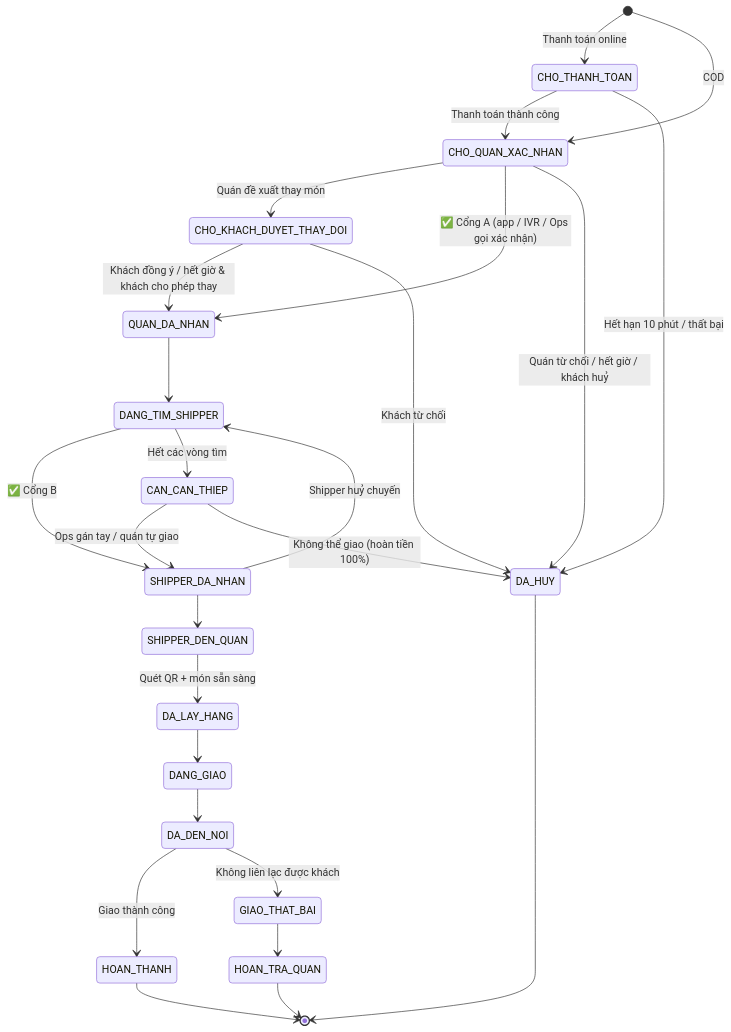
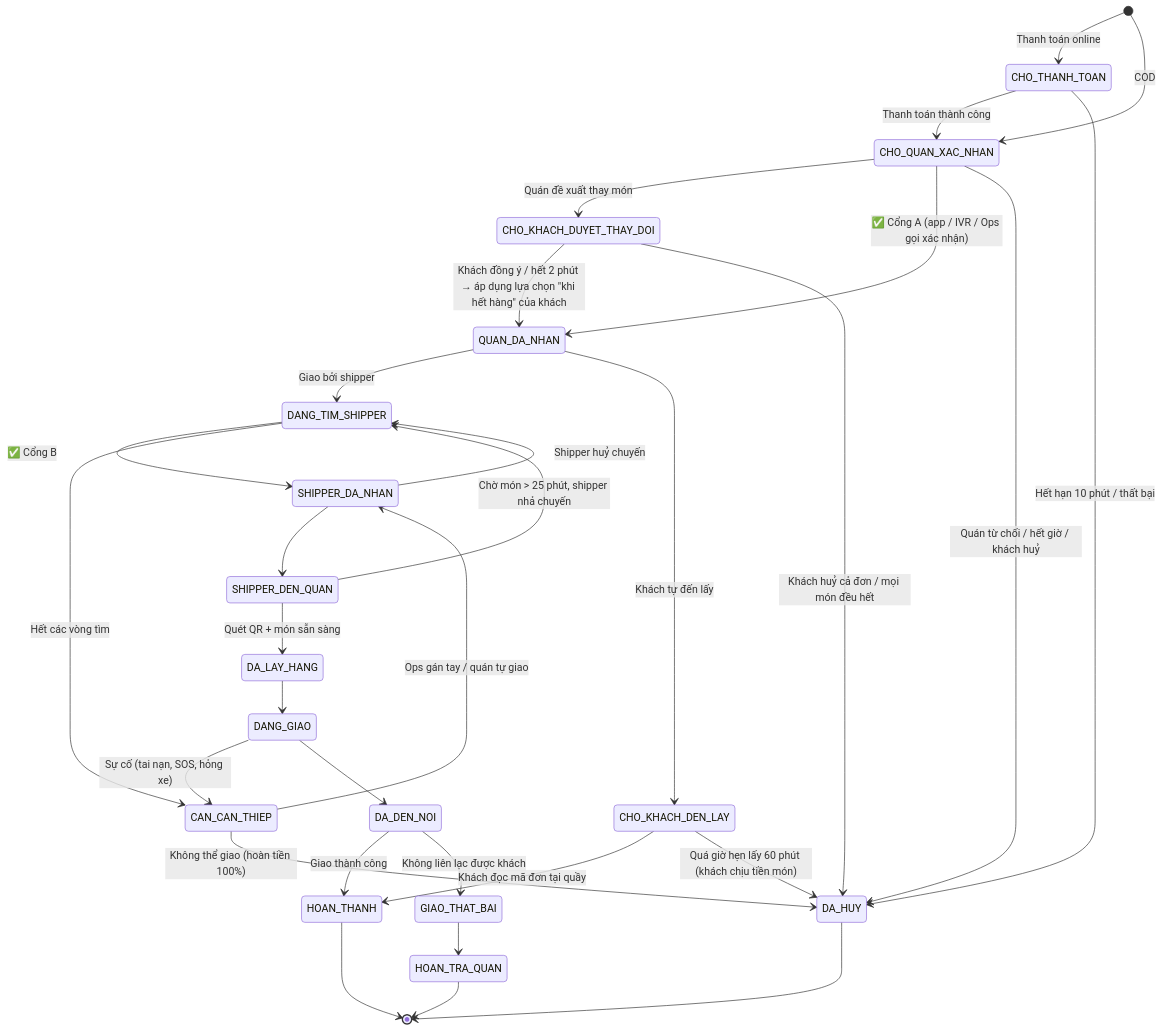
Before and after one commit to tuongspithue/tuongspithue: the second of 2 diagrams in docs/03-luong-dat-hang-va-xac-nhan.md, drawn with Mermaid. The commit also changed other lines of this file and 12 other files, not shown here.

````diff
--- a/docs/03-luong-dat-hang-va-xac-nhan.md
+++ b/docs/03-luong-dat-hang-va-xac-nhan.md
@@ -46,31 +46,36 @@
 ```mermaid
 stateDiagram-v2
     [*] --> CHO_THANH_TOAN: Thanh toán online
     [*] --> CHO_QUAN_XAC_NHAN: COD
     CHO_THANH_TOAN --> CHO_QUAN_XAC_NHAN: Thanh toán thành công
     CHO_THANH_TOAN --> DA_HUY: Hết hạn 10 phút / thất bại
 
     CHO_QUAN_XAC_NHAN --> CHO_KHACH_DUYET_THAY_DOI: Quán đề xuất thay món
-    CHO_KHACH_DUYET_THAY_DOI --> QUAN_DA_NHAN: Khách đồng ý / hết giờ & khách cho phép thay
-    CHO_KHACH_DUYET_THAY_DOI --> DA_HUY: Khách từ chối
+    CHO_KHACH_DUYET_THAY_DOI --> QUAN_DA_NHAN: Khách đồng ý / hết 2 phút → áp dụng lựa chọn "khi hết hàng" của khách
+    CHO_KHACH_DUYET_THAY_DOI --> DA_HUY: Khách huỷ cả đơn / mọi món đều hết
     CHO_QUAN_XAC_NHAN --> QUAN_DA_NHAN: ✅ Cổng A (app / IVR / Ops gọi xác nhận)
     CHO_QUAN_XAC_NHAN --> DA_HUY: Quán từ chối / hết giờ / khách huỷ
 
-    QUAN_DA_NHAN --> DANG_TIM_SHIPPER
+    QUAN_DA_NHAN --> DANG_TIM_SHIPPER: Giao bởi shipper
+    QUAN_DA_NHAN --> CHO_KHACH_DEN_LAY: Khách tự đến lấy
+    CHO_KHACH_DEN_LAY --> HOAN_THANH: Khách đọc mã đơn tại quầy
+    CHO_KHACH_DEN_LAY --> DA_HUY: Quá giờ hẹn lấy 60 phút (khách chịu tiền món)
     DANG_TIM_SHIPPER --> SHIPPER_DA_NHAN: ✅ Cổng B
     DANG_TIM_SHIPPER --> CAN_CAN_THIEP: Hết các vòng tìm
     CAN_CAN_THIEP --> SHIPPER_DA_NHAN: Ops gán tay / quán tự giao
     CAN_CAN_THIEP --> DA_HUY: Không thể giao (hoàn tiền 100%)
 
     SHIPPER_DA_NHAN --> SHIPPER_DEN_QUAN
     SHIPPER_DA_NHAN --> DANG_TIM_SHIPPER: Shipper huỷ chuyến
     SHIPPER_DEN_QUAN --> DA_LAY_HANG: Quét QR + món sẵn sàng
+    SHIPPER_DEN_QUAN --> DANG_TIM_SHIPPER: Chờ món > 25 phút, shipper nhả chuyến
     DA_LAY_HANG --> DANG_GIAO
+    DANG_GIAO --> CAN_CAN_THIEP: Sự cố (tai nạn, SOS, hỏng xe)
     DANG_GIAO --> DA_DEN_NOI
     DA_DEN_NOI --> HOAN_THANH: Giao thành công
     DA_DEN_NOI --> GIAO_THAT_BAI: Không liên lạc được khách
     GIAO_THAT_BAI --> HOAN_TRA_QUAN
     HOAN_THANH --> [*]
     DA_HUY --> [*]
     HOAN_TRA_QUAN --> [*]
 ```
````
